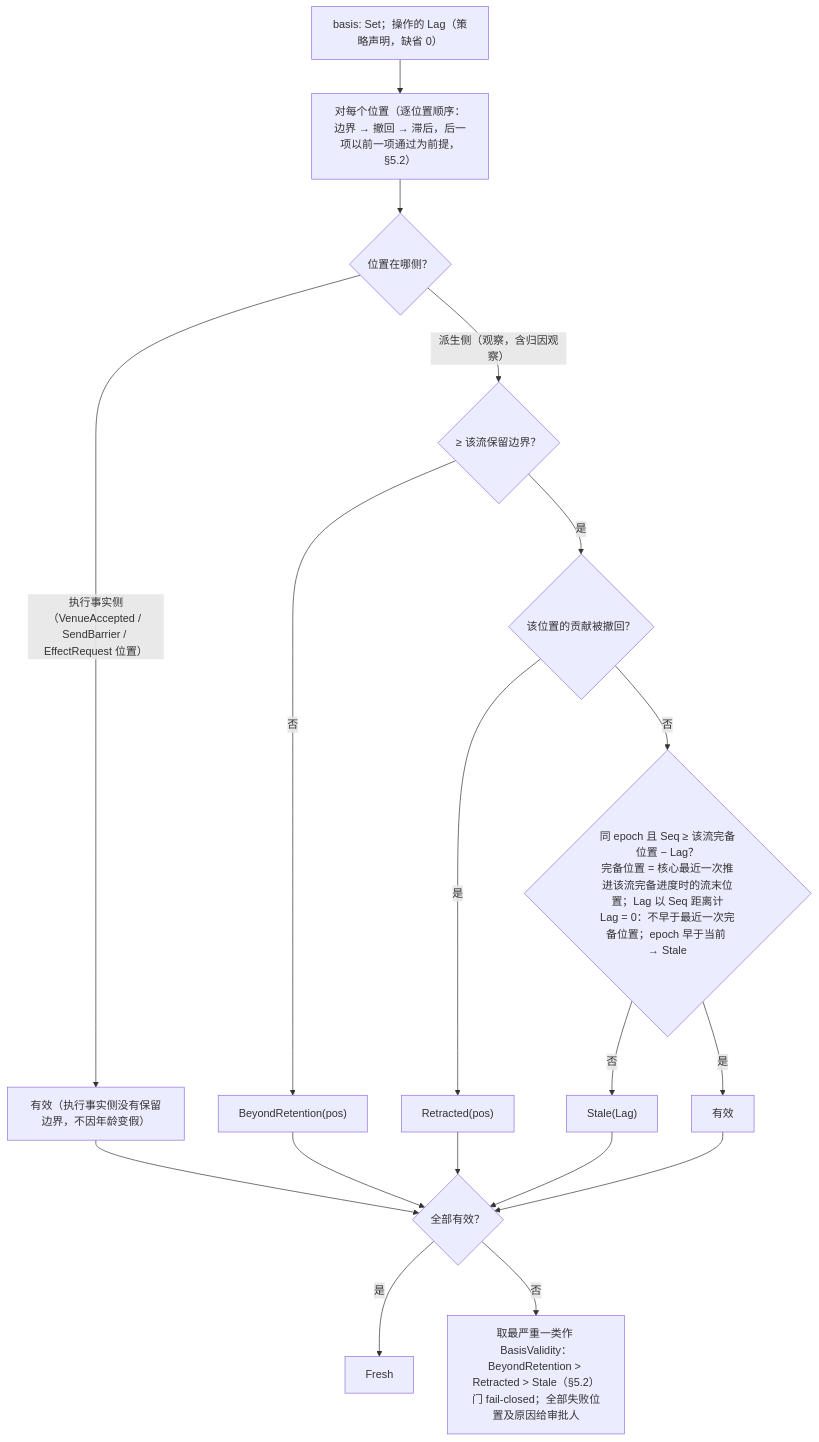
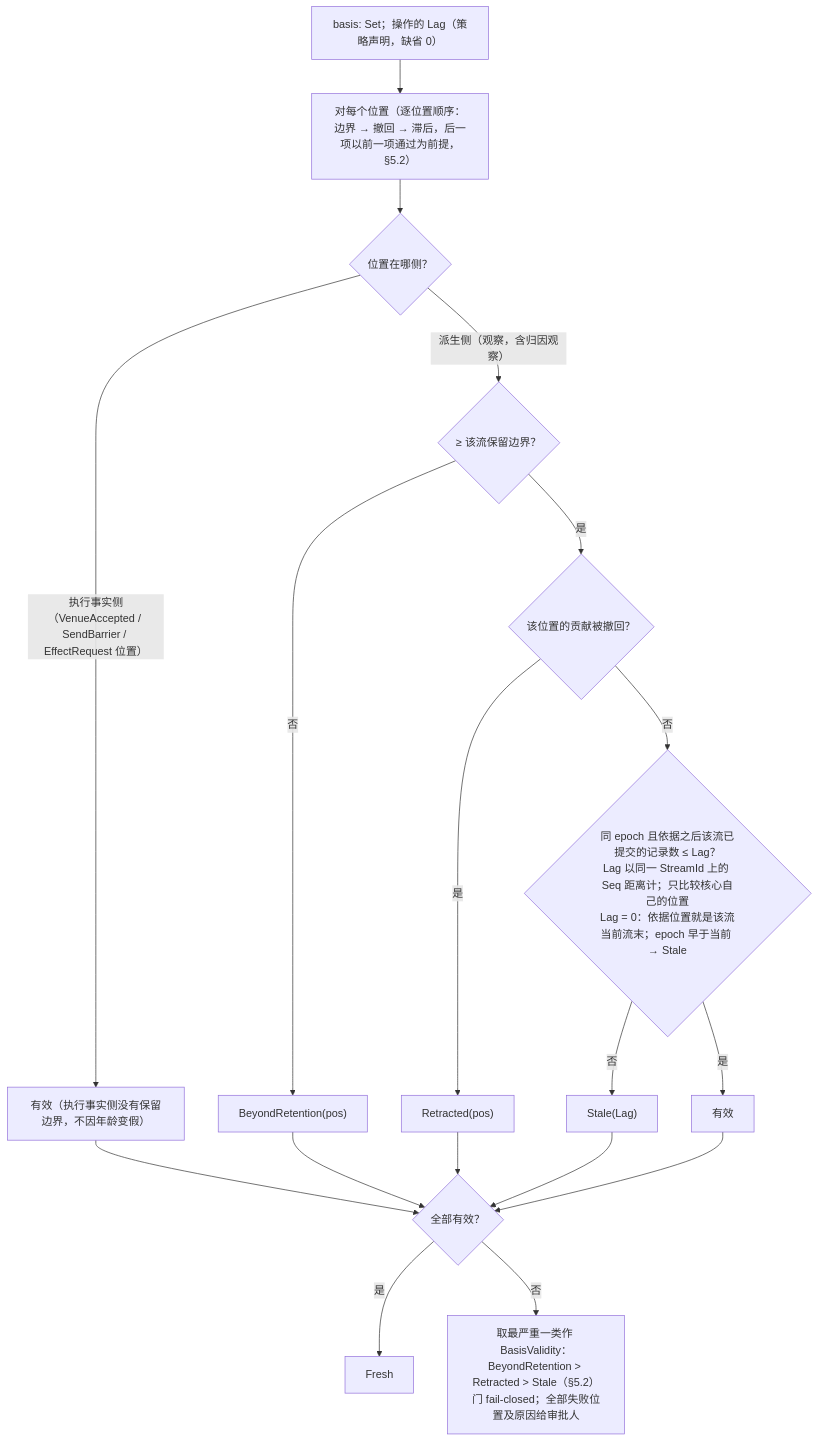
Before and after one commit to mouriya-s-lab/uta: the third of 3 diagrams in design/diagrams/08-retention-and-references.md, drawn with Mermaid. The commit also changed other lines of this file and 19 other files, not shown here.

Commit message:
design: round-5 integration — program request streams and declared execution-fact inputs, retired-source history readable via delivery-only and execution-fact items, glossary and diagrams aligned, §10 renumbered

````diff
--- a/design/diagrams/08-retention-and-references.md
+++ b/design/diagrams/08-retention-and-references.md
@@ -72,21 +72,21 @@
 ```mermaid
 flowchart TB
   IN["basis: Set<LogPosition>；操作的 Lag（策略声明，缺省 0）"]
   IN --> EACH["对每个位置（逐位置顺序：边界 → 撤回 → 滞后，后一项以前一项通过为前提，§5.2）"]
   EACH --> SIDE{"位置在哪侧？"}
   SIDE -->|"执行事实侧（VenueAccepted / SendBarrier / EffectRequest 位置）"| EOK["有效（执行事实侧没有保留边界，不因年龄变假）"]
   SIDE -->|"派生侧（观察，含归因观察）"| D1{"≥ 该流保留边界？"}
   D1 -->|"否"| BR["BeyondRetention(pos)"]
   D1 -->|"是"| D2{"该位置的贡献被撤回？"}
   D2 -->|"是"| RT["Retracted(pos)"]
-  D2 -->|"否"| D3{"同 epoch 且 Seq ≥ 该流完备位置 − Lag？<br/>完备位置 = 核心最近一次推进该流完备进度时的流末位置；Lag 以 Seq 距离计<br/>Lag = 0：不早于最近一次完备位置；epoch 早于当前 → Stale"}
+  D2 -->|"否"| D3{"同 epoch 且依据之后该流已提交的记录数 ≤ Lag？<br/>Lag 以同一 StreamId 上的 Seq 距离计；只比较核心自己的位置<br/>Lag = 0：依据位置就是该流当前流末；epoch 早于当前 → Stale"}
   D3 -->|"否"| ST["Stale(Lag)"]
   D3 -->|"是"| DOK["有效"]
   EOK --> AGG
   DOK --> AGG
   AGG{"全部有效？"} -->|"是"| FRESH["Fresh"]
   AGG -->|"否"| NOT["取最严重一类作 BasisValidity：BeyondRetention > Retracted > Stale（§5.2）<br/>门 fail-closed；全部失败位置及原因给审批人"]
   BR --> AGG
   RT --> AGG
   ST --> AGG
 ```
````
